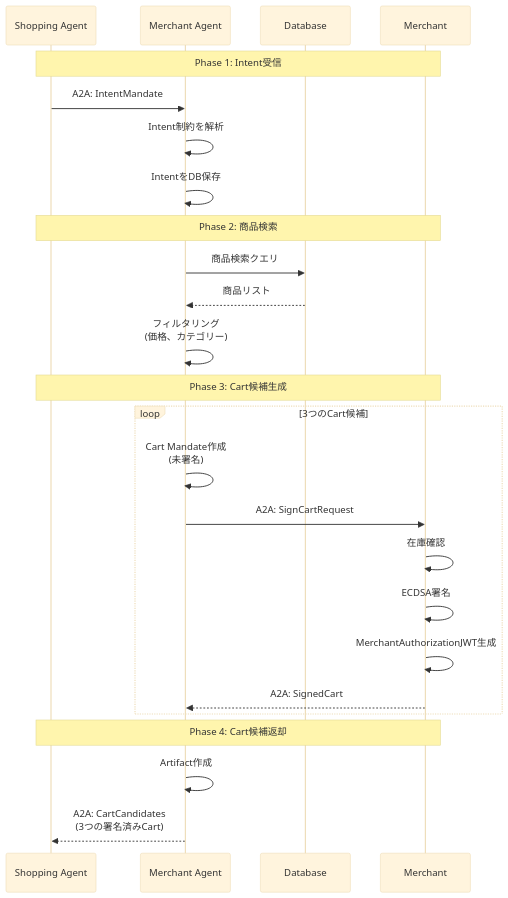
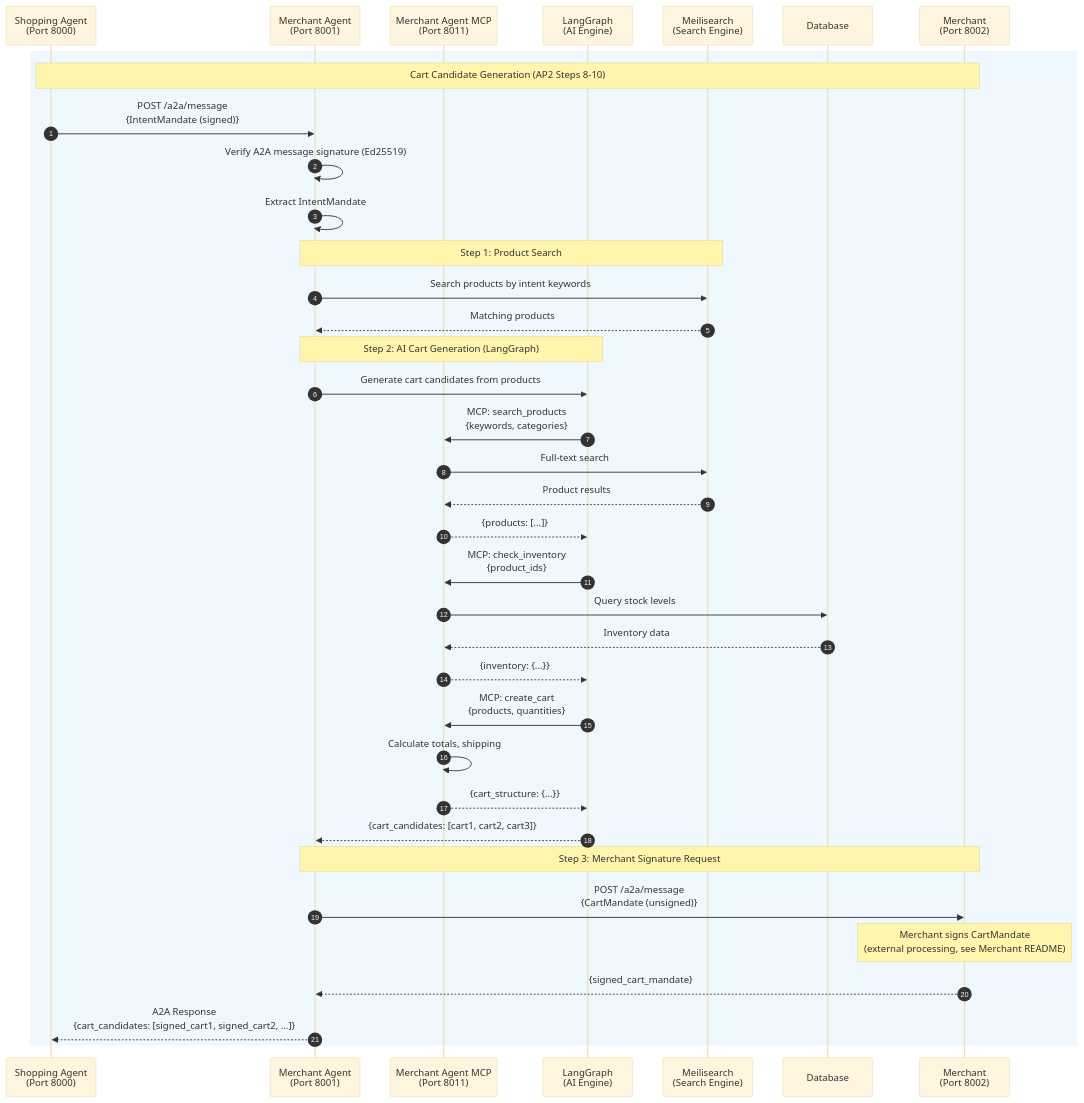
The diagram in services/merchant_agent/README.md (tubone24/AP2_demo_app), drawn with Mermaid (base theme) before and after one commit. The commit also changed other lines of this file and 8 other files, not shown here.

````diff
--- a/services/merchant_agent/README.md
+++ b/services/merchant_agent/README.md
@@ -483,31 +28,48 @@
 ```mermaid
 sequenceDiagram
-    participant SA as Shopping Agent
-    participant MA as Merchant Agent
+    autonumber
+    participant SA as Shopping Agent<br/>(Port 8000)
+    participant MA as Merchant Agent<br/>(Port 8001)
+    participant MCP as Merchant Agent MCP<br/>(Port 8011)
+    participant LG as LangGraph<br/>(AI Engine)
+    participant Search as Meilisearch<br/>(Search Engine)
     participant DB as Database
-    participant M as Merchant
+    participant M as Merchant<br/>(Port 8002)
 
-    Note over SA,M: Phase 1: Intent受信
-    SA->>MA: A2A: IntentMandate
-    MA->>MA: Intent制約を解析
-    MA->>MA: IntentをDB保存
+    %% Cart Request Flow
+    rect rgb(240, 248, 255)
+        Note over SA,M: Cart Candidate Generation (AP2 Steps 8-10)
+        SA->>MA: POST /a2a/message<br/>{IntentMandate (signed)}
+        MA->>MA: Verify A2A message signature (Ed25519)
+        MA->>MA: Extract IntentMandate
 
-    Note over SA,M: Phase 2: 商品検索
-    MA->>DB: 商品検索クエリ
-    DB-->>MA: 商品リスト
-    MA->>MA: フィルタリング<br/>(価格、カテゴリー)
+        Note over MA,Search: Step 1: Product Search
+        MA->>Search: Search products by intent keywords
+        Search-->>MA: Matching products
 
-    Note over SA,M: Phase 3: Cart候補生成
-    loop 3つのCart候補
-        MA->>MA: Cart Mandate作成<br/>(未署名)
-        MA->>M: A2A: SignCartRequest
-        M->>M: 在庫確認
-        M->>M: ECDSA署名
-        M->>M: MerchantAuthorizationJWT生成
-        M-->>MA: A2A: SignedCart
+        Note over MA,LG: Step 2: AI Cart Generation (LangGraph)
+        MA->>LG: Generate cart candidates from products
+        LG->>MCP: MCP: search_products<br/>{keywords, categories}
+        MCP->>Search: Full-text search
+        Search-->>MCP: Product results
+        MCP-->>LG: {products: [...]}
+
+        LG->>MCP: MCP: check_inventory<br/>{product_ids}
+        MCP->>DB: Query stock levels
+        DB-->>MCP: Inventory data
+        MCP-->>LG: {inventory: {...}}
+
+        LG->>MCP: MCP: create_cart<br/>{products, quantities}
+        MCP->>MCP: Calculate totals, shipping
+        MCP-->>LG: {cart_structure: {...}}
+
+        LG-->>MA: {cart_candidates: [cart1, cart2, cart3]}
+
+        Note over MA,M: Step 3: Merchant Signature Request
+        MA->>M: POST /a2a/message<br/>{CartMandate (unsigned)}
+        Note over M: Merchant signs CartMandate<br/>(external processing, see Merchant README)
+        M-->>MA: {signed_cart_mandate}
+
+        MA-->>SA: A2A Response<br/>{cart_candidates: [signed_cart1, signed_cart2, ...]}
     end
-
-    Note over SA,M: Phase 4: Cart候補返却
-    MA->>MA: Artifact作成
-    MA-->>SA: A2A: CartCandidates<br/>(3つの署名済みCart)
 ```
````
